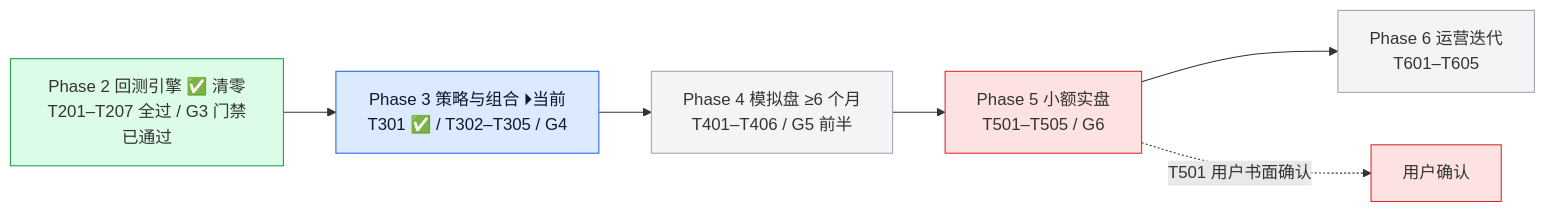
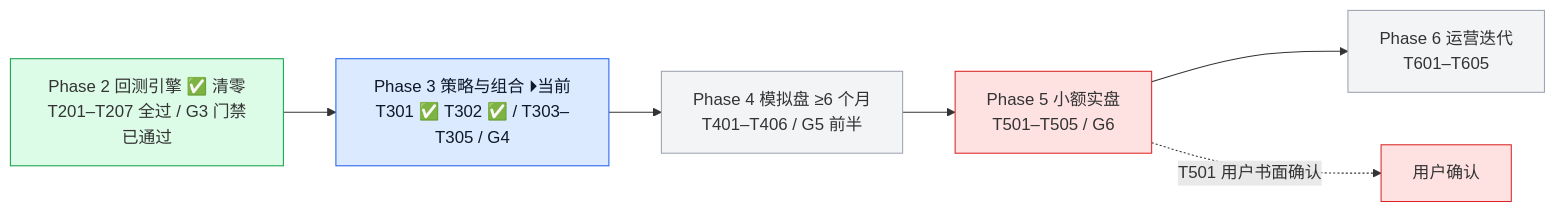
The fourth of 4 diagrams in docs/project_status_flowchart.md (YZml1507/FinAI2.0), drawn with Mermaid before and after one commit. The commit also changed other lines of this file and 3 other files, not shown here.

Commit message:
docs: T302 状态标记 — CLAUDE.md §0/§5/§7 + spec 快照 + 流程图（T302 ✅ / 426 绿 / 当前位 T303）

````diff
--- a/docs/project_status_flowchart.md
+++ b/docs/project_status_flowchart.md
@@ -76,14 +76,14 @@
 ```mermaid
 flowchart LR
-  P2[Phase 2 回测引擎 ✅ 清零<br/>T201–T207 全过 / G3 门禁已通过] --> P3[Phase 3 策略与组合 ⏵当前<br/>T301 ✅ / T302–T305 / G4]
+  P2[Phase 2 回测引擎 ✅ 清零<br/>T201–T207 全过 / G3 门禁已通过] --> P3[Phase 3 策略与组合 ⏵当前<br/>T301 ✅ T302 ✅ / T303–T305 / G4]
   P3 --> P4[Phase 4 模拟盘 ≥6 个月<br/>T401–T406 / G5 前半]
   P4 --> P5[Phase 5 小额实盘<br/>T501–T505 / G6]
   P5 --> P6[Phase 6 运营迭代<br/>T601–T605]
   P5 -.->|T501 用户书面确认| USER[用户确认]
   style P2 fill:#dcfce7,stroke:#16a34a
   style P3 fill:#dbeafe,stroke:#2563eb,color:#0f172a
   style P4 fill:#f3f4f6,stroke:#9ca3af
   style P5 fill:#fee2e2,stroke:#dc2626
   style P6 fill:#f3f4f6,stroke:#9ca3af
   style USER fill:#fee2e2,stroke:#dc2626
 ```
````
